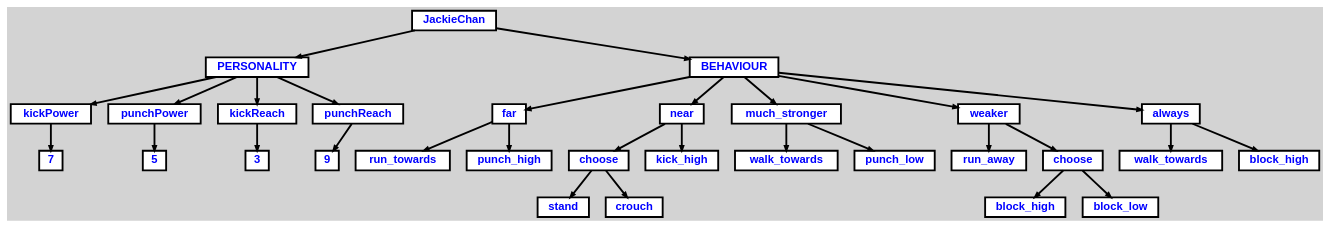
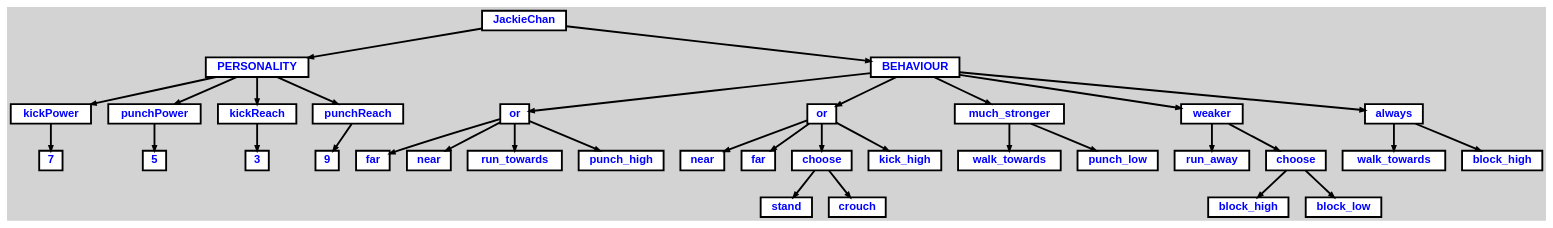
One commit to tvdstorm/sea-of-saf changed the diagram in mrjorrit/output/AST.dot. Above: the diagram before and after it, drawn with Graphviz. The commit also changed 14 other files, not shown here.

```diff
--- a/mrjorrit/output/AST.dot
+++ b/mrjorrit/output/AST.dot
@@ -1,83 +1,91 @@
 digraph {
 
 	ordering=out;
 	ranksep=.4;
 	bgcolor="lightgrey"; node [shape=box, fixedsize=false, fontsize=12, fontname="Helvetica-bold", fontcolor="blue"
 		width=.25, height=.25, color="black", fillcolor="white", style="filled, solid, bold"];
 	edge [arrowsize=.5, color="black", style="bold"]
 
   n0 [label="JackieChan"];
   n1 [label="PERSONALITY"];
   n1 [label="PERSONALITY"];
   n2 [label="kickPower"];
   n2 [label="kickPower"];
   n3 [label="7"];
   n4 [label="punchPower"];
   n4 [label="punchPower"];
   n5 [label="5"];
   n6 [label="kickReach"];
   n6 [label="kickReach"];
   n7 [label="3"];
   n8 [label="punchReach"];
   n8 [label="punchReach"];
   n9 [label="9"];
   n10 [label="BEHAVIOUR"];
   n10 [label="BEHAVIOUR"];
-  n11 [label="far"];
-  n11 [label="far"];
-  n12 [label="run_towards"];
-  n13 [label="punch_high"];
-  n14 [label="near"];
-  n14 [label="near"];
-  n15 [label="choose"];
-  n15 [label="choose"];
-  n16 [label="stand"];
-  n17 [label="crouch"];
-  n18 [label="kick_high"];
-  n19 [label="much_stronger"];
-  n19 [label="much_stronger"];
-  n20 [label="walk_towards"];
-  n21 [label="punch_low"];
-  n22 [label="weaker"];
-  n22 [label="weaker"];
-  n23 [label="run_away"];
-  n24 [label="choose"];
-  n24 [label="choose"];
-  n25 [label="block_high"];
-  n26 [label="block_low"];
-  n27 [label="always"];
-  n27 [label="always"];
-  n28 [label="walk_towards"];
+  n11 [label="or"];
+  n11 [label="or"];
+  n12 [label="far"];
+  n13 [label="near"];
+  n14 [label="run_towards"];
+  n15 [label="punch_high"];
+  n16 [label="or"];
+  n16 [label="or"];
+  n17 [label="near"];
+  n18 [label="far"];
+  n19 [label="choose"];
+  n19 [label="choose"];
+  n20 [label="stand"];
+  n21 [label="crouch"];
+  n22 [label="kick_high"];
+  n23 [label="much_stronger"];
+  n23 [label="much_stronger"];
+  n24 [label="walk_towards"];
+  n25 [label="punch_low"];
+  n26 [label="weaker"];
+  n26 [label="weaker"];
+  n27 [label="run_away"];
+  n28 [label="choose"];
+  n28 [label="choose"];
   n29 [label="block_high"];
+  n30 [label="block_low"];
+  n31 [label="always"];
+  n31 [label="always"];
+  n32 [label="walk_towards"];
+  n33 [label="block_high"];
 
   n0 -> n1 // "JackieChan" -> "PERSONALITY"
   n1 -> n2 // "PERSONALITY" -> "kickPower"
   n2 -> n3 // "kickPower" -> "7"
   n1 -> n4 // "PERSONALITY" -> "punchPower"
   n4 -> n5 // "punchPower" -> "5"
   n1 -> n6 // "PERSONALITY" -> "kickReach"
   n6 -> n7 // "kickReach" -> "3"
   n1 -> n8 // "PERSONALITY" -> "punchReach"
   n8 -> n9 // "punchReach" -> "9"
   n0 -> n10 // "JackieChan" -> "BEHAVIOUR"
-  n10 -> n11 // "BEHAVIOUR" -> "far"
-  n11 -> n12 // "far" -> "run_towards"
-  n11 -> n13 // "far" -> "punch_high"
-  n10 -> n14 // "BEHAVIOUR" -> "near"
-  n14 -> n15 // "near" -> "choose"
-  n15 -> n16 // "choose" -> "stand"
-  n15 -> n17 // "choose" -> "crouch"
-  n14 -> n18 // "near" -> "kick_high"
-  n10 -> n19 // "BEHAVIOUR" -> "much_stronger"
-  n19 -> n20 // "much_stronger" -> "walk_towards"
-  n19 -> n21 // "much_stronger" -> "punch_low"
-  n10 -> n22 // "BEHAVIOUR" -> "weaker"
-  n22 -> n23 // "weaker" -> "run_away"
-  n22 -> n24 // "weaker" -> "choose"
-  n24 -> n25 // "choose" -> "block_high"
-  n24 -> n26 // "choose" -> "block_low"
-  n10 -> n27 // "BEHAVIOUR" -> "always"
-  n27 -> n28 // "always" -> "walk_towards"
-  n27 -> n29 // "always" -> "block_high"
+  n10 -> n11 // "BEHAVIOUR" -> "or"
+  n11 -> n12 // "or" -> "far"
+  n11 -> n13 // "or" -> "near"
+  n11 -> n14 // "or" -> "run_towards"
+  n11 -> n15 // "or" -> "punch_high"
+  n10 -> n16 // "BEHAVIOUR" -> "or"
+  n16 -> n17 // "or" -> "near"
+  n16 -> n18 // "or" -> "far"
+  n16 -> n19 // "or" -> "choose"
+  n19 -> n20 // "choose" -> "stand"
+  n19 -> n21 // "choose" -> "crouch"
+  n16 -> n22 // "or" -> "kick_high"
+  n10 -> n23 // "BEHAVIOUR" -> "much_stronger"
+  n23 -> n24 // "much_stronger" -> "walk_towards"
+  n23 -> n25 // "much_stronger" -> "punch_low"
+  n10 -> n26 // "BEHAVIOUR" -> "weaker"
+  n26 -> n27 // "weaker" -> "run_away"
+  n26 -> n28 // "weaker" -> "choose"
+  n28 -> n29 // "choose" -> "block_high"
+  n28 -> n30 // "choose" -> "block_low"
+  n10 -> n31 // "BEHAVIOUR" -> "always"
+  n31 -> n32 // "always" -> "walk_towards"
+  n31 -> n33 // "always" -> "block_high"
 
 }
```
